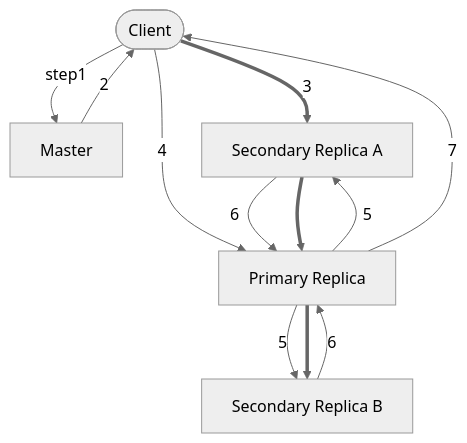
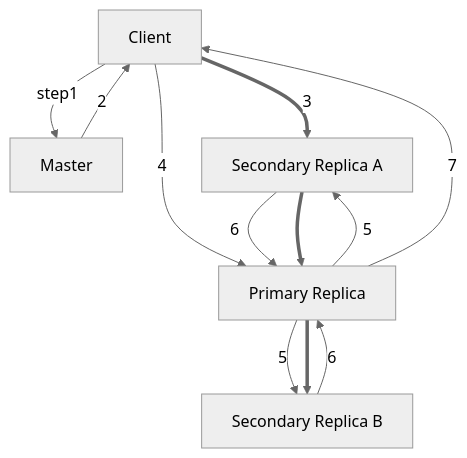
The first of 2 diagrams in _posts/system-design/mit-6-824/2022-07-07-gfs.md (cs0/cs0.github.io), drawn with Mermaid (neutral theme) before and after one commit.

````diff
--- a/_posts/system-design/mit-6-824/2022-07-07-gfs.md
+++ b/_posts/system-design/mit-6-824/2022-07-07-gfs.md
@@ -98,19 +98,19 @@
 ```mermaid
 graph TB;
-    A([Client])
+    A[Client]
     B[Master]
     C[Secondary Replica A]
     D[Primary Replica]
     E[Secondary Replica B]
     A -->|step1| B;
     B -->|2| A;
     A ==>|3| C;
     A -->|4| D;
     C -->|6| D;
     C ==> D
     D -->|5| C;
     D -->|5| E;
     D ==> E;
     E -->|6| D;
     D -->|7| A;
 ```
````
